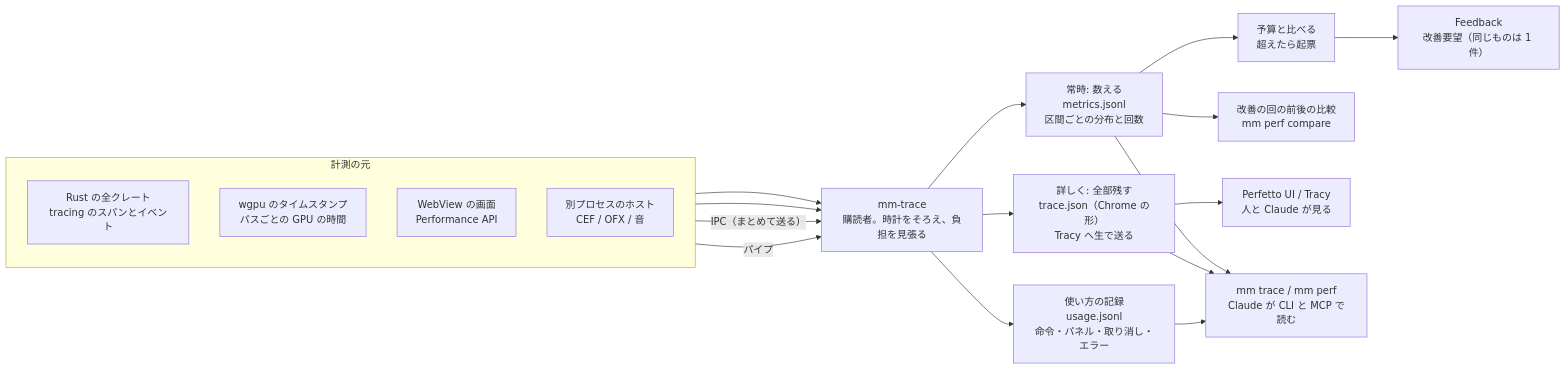
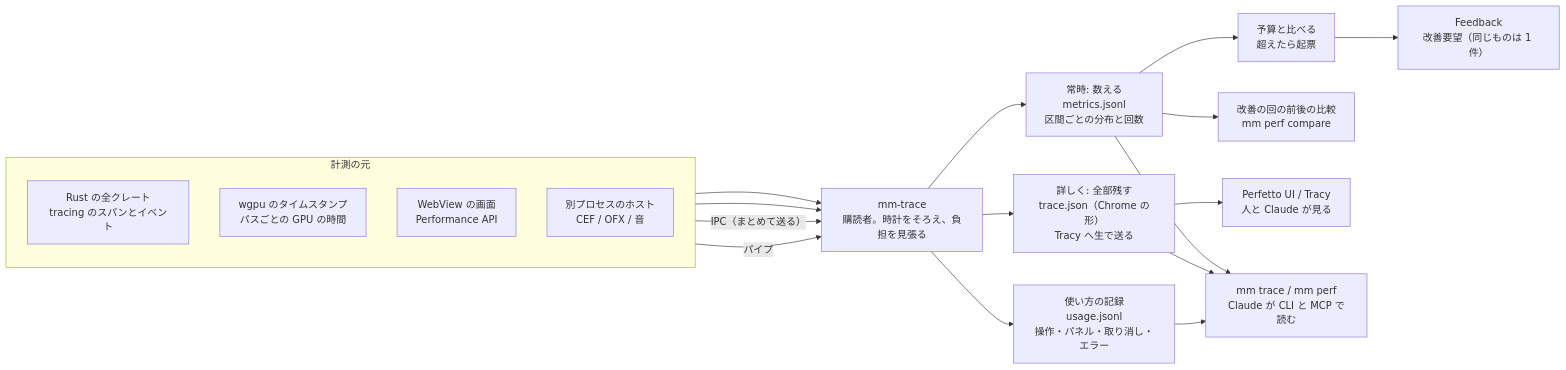
One commit to Durun/claude-marketplace changed the diagram in movie-maker/docs/design/17-instrumentation.md. Above: the diagram before and after it, drawn with Mermaid. The commit also changed other lines of this file and 218 other files, not shown here.

````diff
--- a/movie-maker/docs/design/17-instrumentation.md
+++ b/movie-maker/docs/design/17-instrumentation.md
@@ -5,23 +5,23 @@
 ```mermaid
 flowchart LR
   subgraph SRC[計測の元]
     direction TB
     RS[Rust の全クレート<br>tracing のスパンとイベント]
     GPU[wgpu のタイムスタンプ<br>パスごとの GPU の時間]
     WV[WebView の画面<br>Performance API]
     HOST[別プロセスのホスト<br>CEF / OFX / 音]
   end
   COL[mm-trace<br>購読者。時計をそろえ、負担を見張る]
   RS --> COL
   GPU --> COL
   WV -- IPC（まとめて送る） --> COL
   HOST -- パイプ --> COL
   COL --> LIGHT[常時: 数える<br>metrics.jsonl<br>区間ごとの分布と回数]
   COL --> HEAVY[詳しく: 全部残す<br>trace.json（Chrome の形）<br>Tracy へ生で送る]
-  COL --> USE[使い方の記録<br>usage.jsonl<br>命令・パネル・取り消し・エラー]
+  COL --> USE[使い方の記録<br>usage.jsonl<br>操作・パネル・取り消し・エラー]
   LIGHT --> GATE[予算と比べる<br>超えたら起票]
   GATE --> FB[Feedback<br>改善要望（同じものは 1 件）]
   LIGHT --> CMP[改善の回の前後の比較<br>mm perf compare]
   HEAVY --> UI[Perfetto UI / Tracy<br>人と Claude が見る]
   LIGHT & HEAVY & USE --> CLI[mm trace / mm perf<br>Claude が CLI と MCP で読む]
 ```
````
